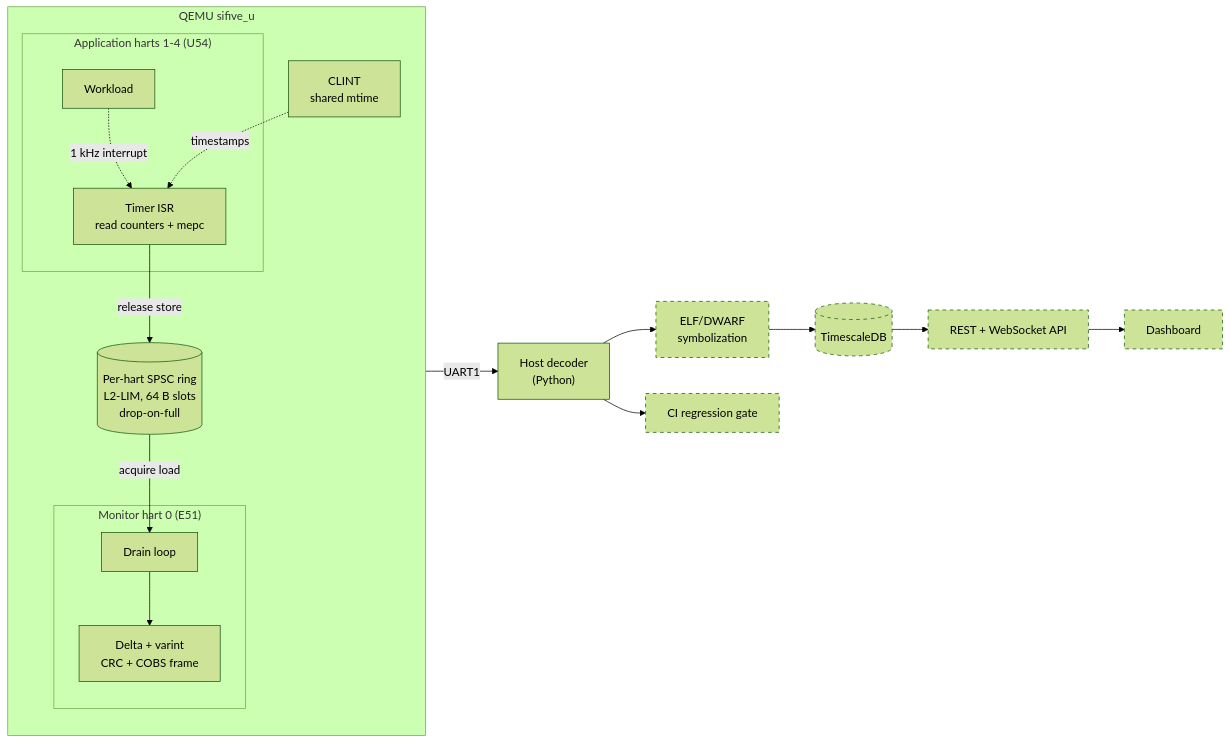
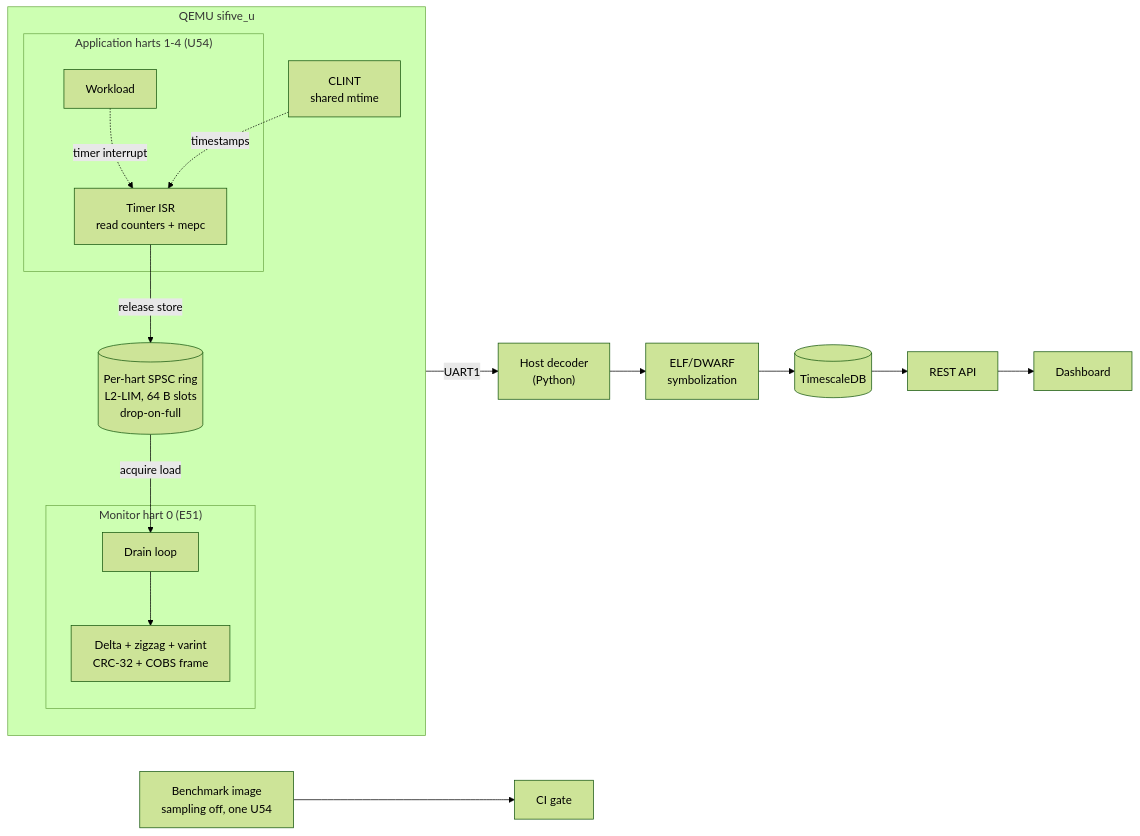
One commit to abrarmsalam/HartWatch-Multicore-RISC-V-Telemetry-Firmware changed the diagram in README.md. Above: the diagram before and after it, drawn with Mermaid (forest theme). The commit also changed other lines of this file and 7 other files, not shown here.

````diff
--- a/README.md
+++ b/README.md
@@ -21,31 +21,29 @@
 ```mermaid
 flowchart LR
     subgraph SoC["QEMU sifive_u"]
         direction TB
         subgraph APP["Application harts 1-4 (U54)"]
             W["Workload"]
             ISR["Timer ISR<br/>read counters + mepc"]
-            W -. "1 kHz interrupt" .-> ISR
+            W -. "timer interrupt" .-> ISR
         end
         RING[("Per-hart SPSC ring<br/>L2-LIM, 64 B slots<br/>drop-on-full")]
         subgraph MON["Monitor hart 0 (E51)"]
             DRAIN["Drain loop"]
-            ENC["Delta + varint<br/>CRC + COBS frame"]
+            ENC["Delta + zigzag + varint<br/>CRC-32 + COBS frame"]
             DRAIN --> ENC
         end
         ISR -- "release store" --> RING
         RING -- "acquire load" --> DRAIN
         CLINT["CLINT<br/>shared mtime"]
         CLINT -. timestamps .-> ISR
     end
 
     ENC -- "UART1" --> DEC["Host decoder<br/>(Python)"]
     DEC --> SYM["ELF/DWARF<br/>symbolization"]
     SYM --> DB[("TimescaleDB")]
-    DB --> API["REST + WebSocket API"]
+    DB --> API["REST API"]
     API --> DASH["Dashboard"]
-    DEC --> GATE["CI regression gate"]
 
-    classDef planned stroke-dasharray: 5 5;
-    class SYM,DB,API,DASH,GATE planned;
+    BENCH["Benchmark image<br/>sampling off, one U54"] --> GATE["CI gate"]
 ```
````
